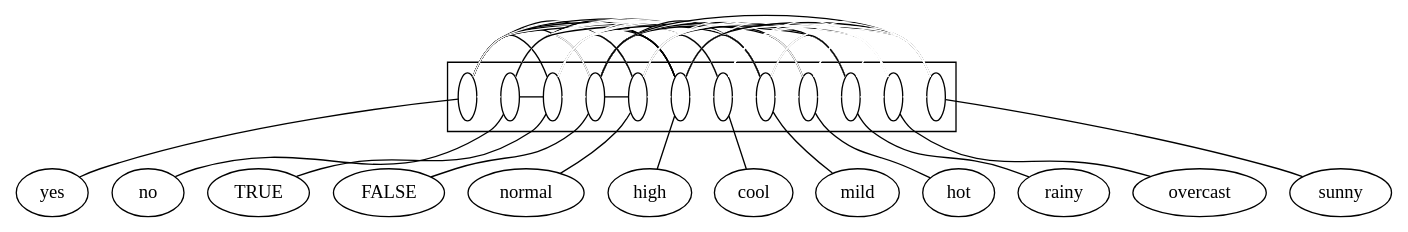
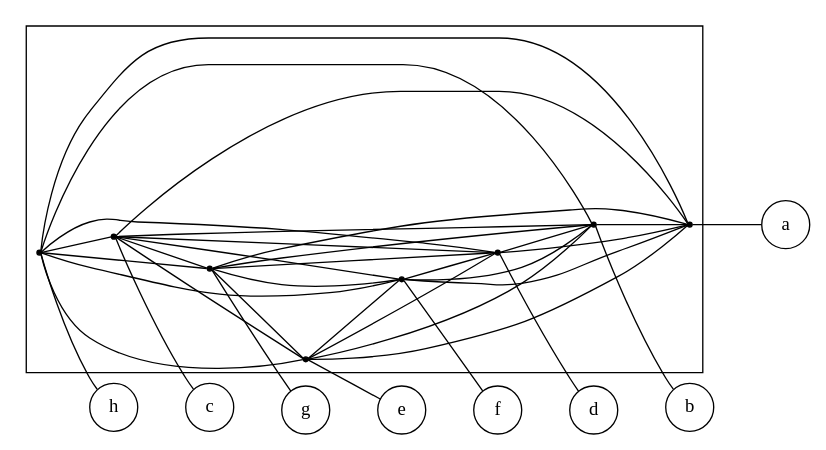
Before and after one commit to lrodrin/TFG: the diagram in src/final/plain_2-structure_with_threshold.dot, drawn with Graphviz. The commit also changed 14 other files, not shown here.

```diff
--- a/src/final/plain_2-structure_with_threshold.dot
+++ b/src/final/plain_2-structure_with_threshold.dot
@@ -1,112 +1,55 @@
-digraph G {
-compound=True;
-yes;
-no;
-TRUE;
-FALSE;
-normal;
-high;
-cool;
-mild;
-hot;
-rainy;
-overcast;
-sunny;
-subgraph cluster_TRUEhighFALSEcoolmildhotovercastyesnosunnynormalrainy {
-s_yes [label=" ", fillcolor=white, fixedsize=True, width=0.2];
-s_no [label=" ", fillcolor=white, fixedsize=True, width=0.2];
-s_TRUE [label=" ", fillcolor=white, fixedsize=True, width=0.2];
-s_FALSE [label=" ", fillcolor=white, fixedsize=True, width=0.2];
-s_normal [label=" ", fillcolor=white, fixedsize=True, width=0.2];
-s_high [label=" ", fillcolor=white, fixedsize=True, width=0.2];
-s_cool [label=" ", fillcolor=white, fixedsize=True, width=0.2];
-s_mild [label=" ", fillcolor=white, fixedsize=True, width=0.2];
-s_hot [label=" ", fillcolor=white, fixedsize=True, width=0.2];
-s_rainy [label=" ", fillcolor=white, fixedsize=True, width=0.2];
-s_overcast [label=" ", fillcolor=white, fixedsize=True, width=0.2];
-s_sunny [label=" ", fillcolor=white, fixedsize=True, width=0.2];
-subgraph  {
-rank=same;
-s_yes -> s_no  [arrowhead=none, color=white];
-s_yes -> s_TRUE  [arrowhead=none, color=black];
-s_yes -> s_FALSE  [arrowhead=none, color=black];
-s_yes -> s_normal  [arrowhead=none, color=black];
-s_yes -> s_high  [arrowhead=none, color=black];
-s_yes -> s_cool  [arrowhead=none, color=black];
-s_yes -> s_mild  [arrowhead=none, color=black];
-s_yes -> s_hot  [arrowhead=none, color=white];
-s_yes -> s_rainy  [arrowhead=none, color=black];
-s_yes -> s_overcast  [arrowhead=none, color=black];
-s_yes -> s_sunny  [arrowhead=none, color=white];
-s_no -> s_TRUE  [arrowhead=none, color=black];
-s_no -> s_FALSE  [arrowhead=none, color=white];
-s_no -> s_normal  [arrowhead=none, color=white];
-s_no -> s_high  [arrowhead=none, color=black];
-s_no -> s_cool  [arrowhead=none, color=white];
-s_no -> s_mild  [arrowhead=none, color=white];
-s_no -> s_hot  [arrowhead=none, color=white];
-s_no -> s_rainy  [arrowhead=none, color=white];
-s_no -> s_overcast  [arrowhead=none, color=white];
-s_no -> s_sunny  [arrowhead=none, color=black];
-s_TRUE -> s_FALSE  [arrowhead=none, color=white];
-s_TRUE -> s_normal  [arrowhead=none, color=black];
-s_TRUE -> s_high  [arrowhead=none, color=black];
-s_TRUE -> s_cool  [arrowhead=none, color=white];
-s_TRUE -> s_mild  [arrowhead=none, color=black];
-s_TRUE -> s_hot  [arrowhead=none, color=white];
-s_TRUE -> s_rainy  [arrowhead=none, color=white];
-s_TRUE -> s_overcast  [arrowhead=none, color=white];
-s_TRUE -> s_sunny  [arrowhead=none, color=white];
-s_FALSE -> s_normal  [arrowhead=none, color=black];
-s_FALSE -> s_high  [arrowhead=none, color=black];
-s_FALSE -> s_cool  [arrowhead=none, color=white];
-s_FALSE -> s_mild  [arrowhead=none, color=black];
-s_FALSE -> s_hot  [arrowhead=none, color=black];
-s_FALSE -> s_rainy  [arrowhead=none, color=black];
-s_FALSE -> s_overcast  [arrowhead=none, color=white];
-s_FALSE -> s_sunny  [arrowhead=none, color=black];
-s_normal -> s_high  [arrowhead=none, color=white];
-s_normal -> s_cool  [arrowhead=none, color=black];
-s_normal -> s_mild  [arrowhead=none, color=white];
-s_normal -> s_hot  [arrowhead=none, color=white];
-s_normal -> s_rainy  [arrowhead=none, color=black];
-s_normal -> s_overcast  [arrowhead=none, color=white];
-s_normal -> s_sunny  [arrowhead=none, color=white];
-s_high -> s_cool  [arrowhead=none, color=white];
-s_high -> s_mild  [arrowhead=none, color=black];
-s_high -> s_hot  [arrowhead=none, color=black];
-s_high -> s_rainy  [arrowhead=none, color=white];
-s_high -> s_overcast  [arrowhead=none, color=white];
-s_high -> s_sunny  [arrowhead=none, color=black];
-s_cool -> s_mild  [arrowhead=none, color=white];
-s_cool -> s_hot  [arrowhead=none, color=white];
-s_cool -> s_rainy  [arrowhead=none, color=white];
-s_cool -> s_overcast  [arrowhead=none, color=white];
-s_cool -> s_sunny  [arrowhead=none, color=white];
-s_mild -> s_hot  [arrowhead=none, color=white];
-s_mild -> s_rainy  [arrowhead=none, color=black];
-s_mild -> s_overcast  [arrowhead=none, color=white];
-s_mild -> s_sunny  [arrowhead=none, color=white];
-s_hot -> s_rainy  [arrowhead=none, color=white];
-s_hot -> s_overcast  [arrowhead=none, color=white];
-s_hot -> s_sunny  [arrowhead=none, color=white];
-s_rainy -> s_overcast  [arrowhead=none, color=white];
-s_rainy -> s_sunny  [arrowhead=none, color=white];
-s_overcast -> s_sunny  [arrowhead=none, color=white];
+digraph "plain_2-structure_with_threshold" {
+compound=true;
+fontname=Verdana;
+fontsize=12;
+rankdir=LR;
+node [shape=circle];
+h;
+c;
+g;
+e;
+f;
+d;
+b;
+a;
+subgraph cluster_bfcadehg {
+node [shape=point];
+s_h -> s_c  [color=black, arrowhead=none];
+s_h -> s_g  [color=black, arrowhead=none];
+s_h -> s_e  [color=black, arrowhead=none];
+s_h -> s_f  [color=black, arrowhead=none];
+s_h -> s_d  [color=black, arrowhead=none];
+s_h -> s_b  [color=black, arrowhead=none];
+s_h -> s_a  [color=black, arrowhead=none];
+s_c -> s_g  [color=black, arrowhead=none];
+s_c -> s_e  [color=black, arrowhead=none];
+s_c -> s_f  [color=black, arrowhead=none];
+s_c -> s_d  [color=black, arrowhead=none];
+s_c -> s_b  [color=black, arrowhead=none];
+s_c -> s_a  [color=black, arrowhead=none];
+s_g -> s_e  [color=black, arrowhead=none];
+s_g -> s_f  [color=black, arrowhead=none];
+s_g -> s_d  [color=black, arrowhead=none];
+s_g -> s_b  [color=black, arrowhead=none];
+s_g -> s_a  [color=black, arrowhead=none];
+s_e -> s_f  [color=black, arrowhead=none];
+s_e -> s_d  [color=black, arrowhead=none];
+s_e -> s_b  [color=black, arrowhead=none];
+s_e -> s_a  [color=black, arrowhead=none];
+s_f -> s_d  [color=black, arrowhead=none];
+s_f -> s_b  [color=black, arrowhead=none];
+s_f -> s_a  [color=black, arrowhead=none];
+s_d -> s_b  [color=black, arrowhead=none];
+s_d -> s_a  [color=black, arrowhead=none];
+s_b -> s_a  [color=black, arrowhead=none];
 }
 
+s_h -> h  [arrowhead=none];
+s_c -> c  [arrowhead=none];
+s_g -> g  [arrowhead=none];
+s_e -> e  [arrowhead=none];
+s_f -> f  [arrowhead=none];
+s_d -> d  [arrowhead=none];
+s_b -> b  [arrowhead=none];
+s_a -> a  [arrowhead=none];
 }
-
-s_yes -> yes  [arrowhead=none];
-s_no -> no  [arrowhead=none];
-s_TRUE -> TRUE  [arrowhead=none];
-s_FALSE -> FALSE  [arrowhead=none];
-s_normal -> normal  [arrowhead=none];
-s_high -> high  [arrowhead=none];
-s_cool -> cool  [arrowhead=none];
-s_mild -> mild  [arrowhead=none];
-s_hot -> hot  [arrowhead=none];
-s_rainy -> rainy  [arrowhead=none];
-s_overcast -> overcast  [arrowhead=none];
-s_sunny -> sunny  [arrowhead=none];
-}
```
